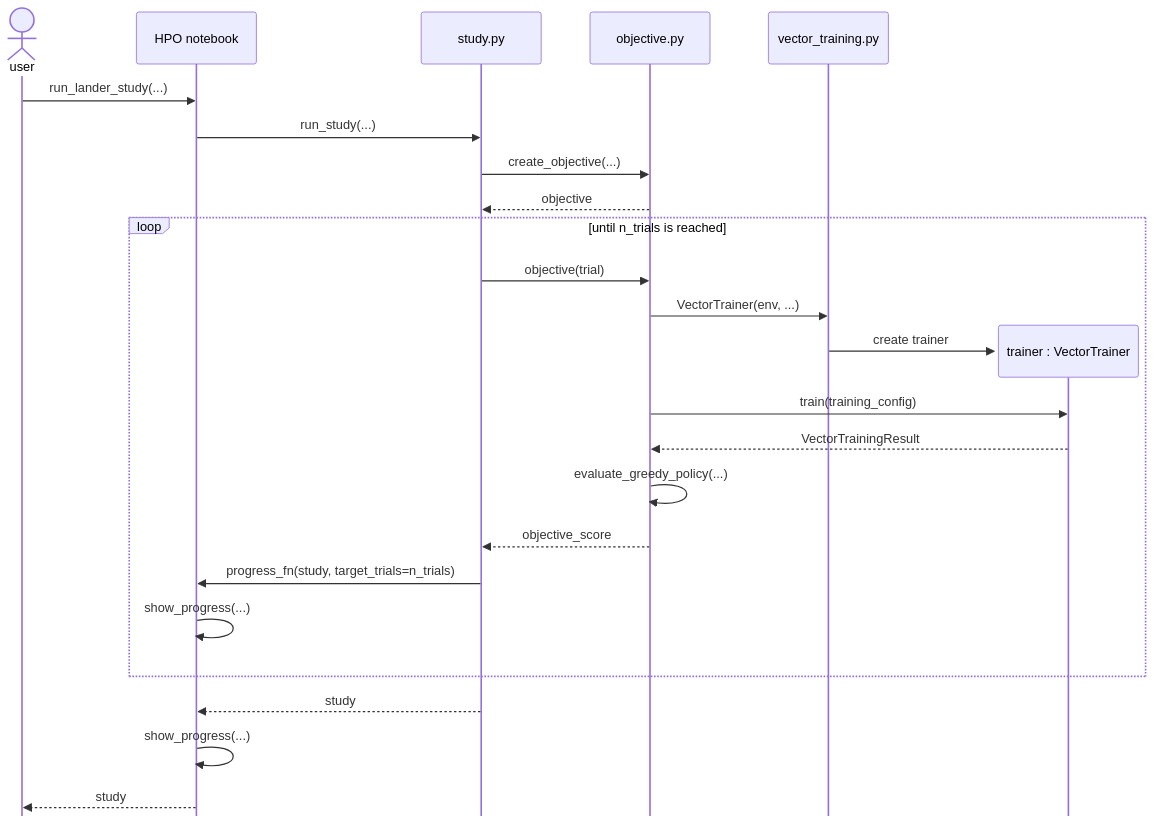
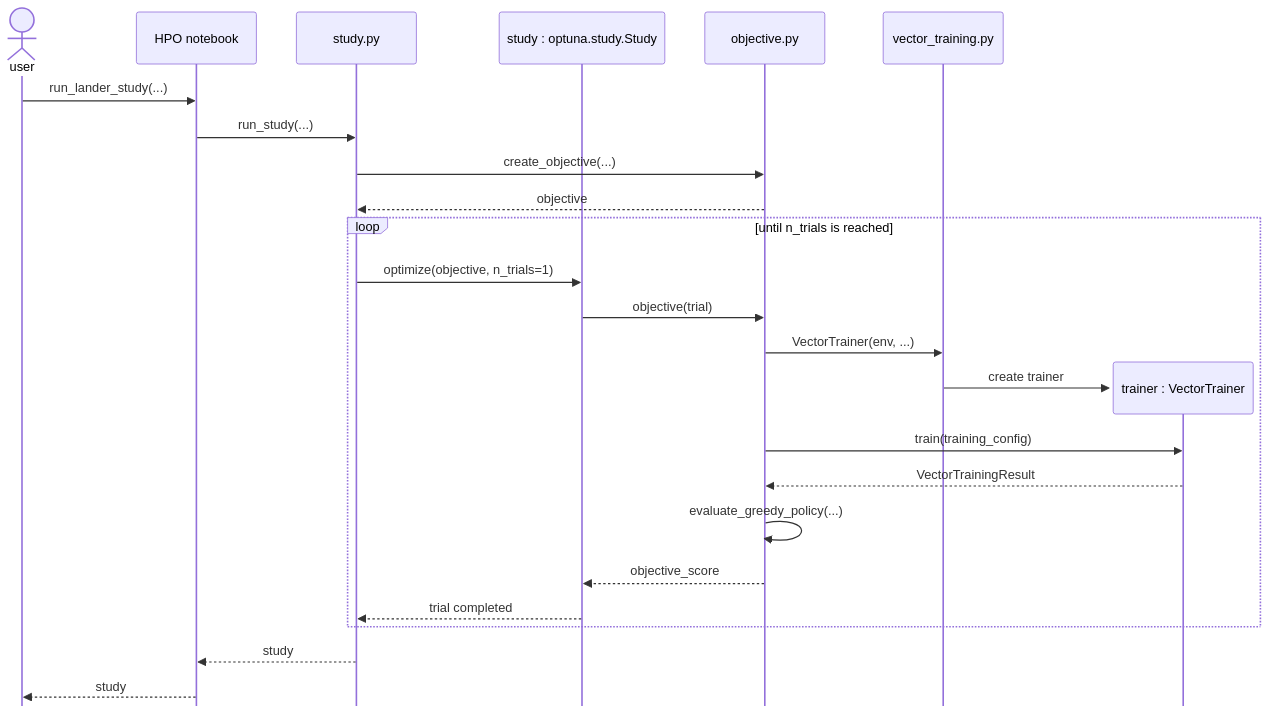
One commit to miwehle/rl_lab changed the diagram in hpo/sequence_diagram.md. Above: the diagram before and after it, drawn with Mermaid.

````diff
--- a/hpo/sequence_diagram.md
+++ b/hpo/sequence_diagram.md
@@ -3,31 +3,31 @@
 ```mermaid
 %%{init: {"sequence": {"mirrorActors": false}}}%%
 sequenceDiagram
     actor user
     participant notebook as HPO notebook
-    participant study as study.py
+    participant study_module as study.py
+    participant study as study : optuna.study.Study
     participant objective as objective.py
     participant vector_training as vector_training.py
 
     user->>notebook: run_lander_study(...)
-    notebook->>study: run_study(...)
-    study->>objective: create_objective(...)
-    objective-->>study: objective
+    notebook->>study_module: run_study(...)
+    study_module->>objective: create_objective(...)
+    objective-->>study_module: objective
 
     loop until n_trials is reached
+        study_module->>study: optimize(objective, n_trials=1)
         study->>objective: objective(trial)
         objective->>vector_training: VectorTrainer(env, ...)
         create participant trainer as trainer : VectorTrainer
         vector_training->>trainer: create trainer
         objective->>trainer: train(training_config)
         trainer-->>objective: VectorTrainingResult
         objective->>objective: evaluate_greedy_policy(...)
         objective-->>study: objective_score
-        study->>notebook: progress_fn(study, target_trials=n_trials)
-        notebook->>notebook: show_progress(...)
+        study-->>study_module: trial completed
     end
 
-    study-->>notebook: study
-    notebook->>notebook: show_progress(...)
+    study_module-->>notebook: study
     notebook-->>user: study
 ```
````
